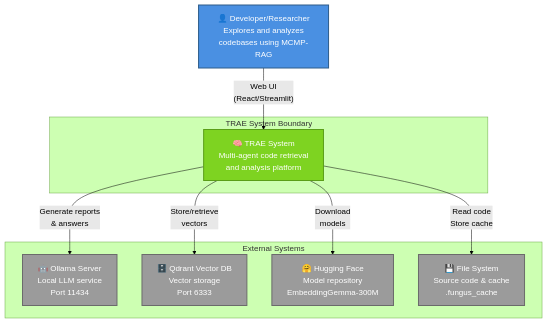
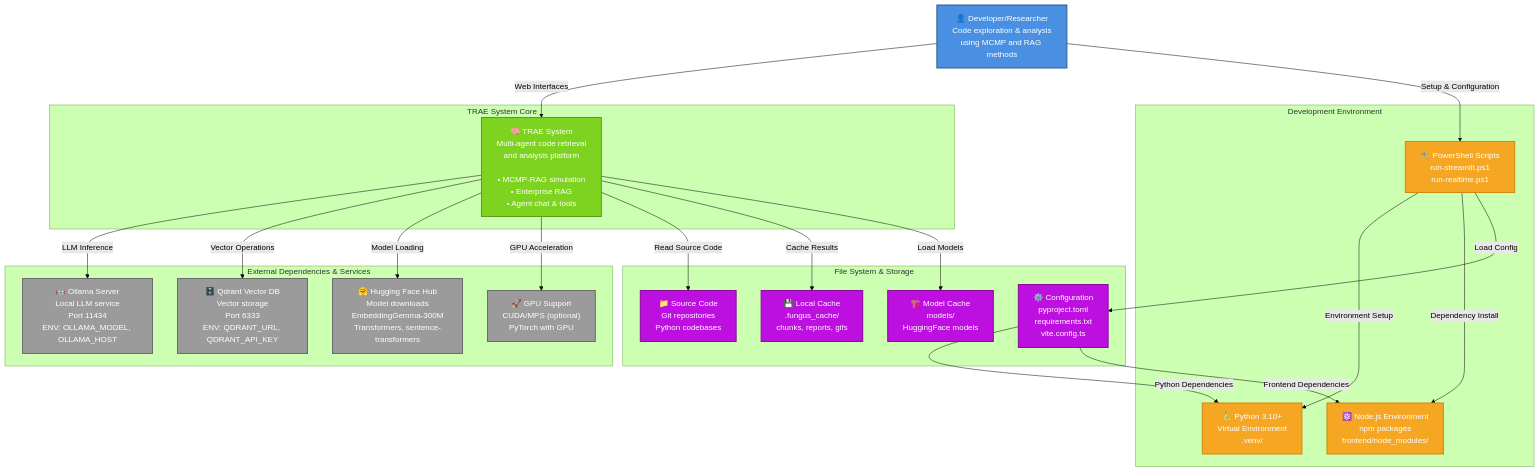
One commit to Flissel/la_fungus_search changed the first of 11 diagrams in docs/c4_architecture.md. Above: the diagram before and after it, drawn with Mermaid (forest theme). The commit also changed other lines of this file, not shown here.

````diff
--- a/docs/c4_architecture.md
+++ b/docs/c4_architecture.md
@@ -7,29 +7,59 @@
 ```mermaid
 graph TB
-    subgraph "External Systems"
-        Ollama["🤖 Ollama Server<br/>Local LLM service<br/>Port 11434"]
-        Qdrant["🗄️ Qdrant Vector DB<br/>Vector storage<br/>Port 6333"]
-        HF["🤗 Hugging Face<br/>Model repository<br/>EmbeddingGemma-300M"]
-        FS["💾 File System<br/>Source code & cache<br/>.fungus_cache"]
+    subgraph "Development Environment"
+        Python["🐍 Python 3.10+<br/>Virtual Environment<br/>.venv/"]
+        NodeJS["⚛️ Node.js Environment<br/>npm packages<br/>frontend/node_modules/"]
+        Scripts["🔧 PowerShell Scripts<br/>run-streamlit.ps1<br/>run-realtime.ps1"]
     end
     
-    subgraph "TRAE System Boundary"
-        TRAE["🧠 TRAE System<br/>Multi-agent code retrieval<br/>and analysis platform"]
+    subgraph "External Dependencies & Services"
+        Ollama["🤖 Ollama Server<br/>Local LLM service<br/>Port 11434<br/>ENV: OLLAMA_MODEL, OLLAMA_HOST"]
+        Qdrant["🗄️ Qdrant Vector DB<br/>Vector storage<br/>Port 6333<br/>ENV: QDRANT_URL, QDRANT_API_KEY"]
+        HF["🤗 Hugging Face Hub<br/>Model downloads<br/>EmbeddingGemma-300M<br/>Transformers, sentence-transformers"]
+        GPU["🚀 GPU Support<br/>CUDA/MPS (optional)<br/>PyTorch with GPU"]
     end
     
-    User["👤 Developer/Researcher<br/>Explores and analyzes<br/>codebases using MCMP-RAG"]
+    subgraph "TRAE System Core"
+        TRAE["🧠 TRAE System<br/>Multi-agent code retrieval<br/>and analysis platform<br/><br/>• MCMP-RAG simulation<br/>• Enterprise RAG<br/>• Agent chat & tools"]
+    end
     
-    User -->|"Web UI<br/>(React/Streamlit)"| TRAE
-    TRAE -->|"Generate reports<br/>& answers"| Ollama
-    TRAE -->|"Store/retrieve<br/>vectors"| Qdrant
-    TRAE -->|"Download<br/>models"| HF
-    TRAE -->|"Read code<br/>Store cache"| FS
+    subgraph "File System & Storage"
+        FS["📁 Source Code<br/>Git repositories<br/>Python codebases"]
+        Cache["💾 Local Cache<br/>.fungus_cache/<br/>chunks, reports, gifs"]
+        Models["🏗️ Model Cache<br/>models/<br/>HuggingFace models"]
+        Config["⚙️ Configuration<br/>pyproject.toml<br/>requirements.txt<br/>vite.config.ts"]
+    end
+    
+    User["👤 Developer/Researcher<br/>Code exploration & analysis<br/>using MCMP and RAG methods"]
+    
+    User -->|"Web Interfaces"| TRAE
+    User -->|"Setup & Configuration"| Scripts
+    
+    TRAE -->|"LLM Inference"| Ollama
+    TRAE -->|"Vector Operations"| Qdrant
+    TRAE -->|"Model Loading"| HF
+    TRAE -->|"GPU Acceleration"| GPU
+    
+    TRAE -->|"Read Source Code"| FS
+    TRAE -->|"Cache Results"| Cache
+    TRAE -->|"Load Models"| Models
+    
+    Scripts -->|"Environment Setup"| Python
+    Scripts -->|"Dependency Install"| NodeJS
+    Scripts -->|"Load Config"| Config
+    
+    Config -->|"Python Dependencies"| Python
+    Config -->|"Frontend Dependencies"| NodeJS
     
     classDef user fill:#4A90E2,stroke:#2E5C8A,stroke-width:2px,color:white
     classDef system fill:#7ED321,stroke:#5A9E18,stroke-width:2px,color:white
     classDef external fill:#9B9B9B,stroke:#6B6B6B,stroke-width:2px,color:white
+    classDef storage fill:#BD10E0,stroke:#8B0A9E,stroke-width:2px,color:white
+    classDef dev fill:#F5A623,stroke:#D1890B,stroke-width:2px,color:white
     
     class User user
     class TRAE system
-    class Ollama,Qdrant,HF,FS external
+    class Ollama,Qdrant,HF,GPU external
+    class FS,Cache,Models,Config storage
+    class Python,NodeJS,Scripts dev
 ```
````
